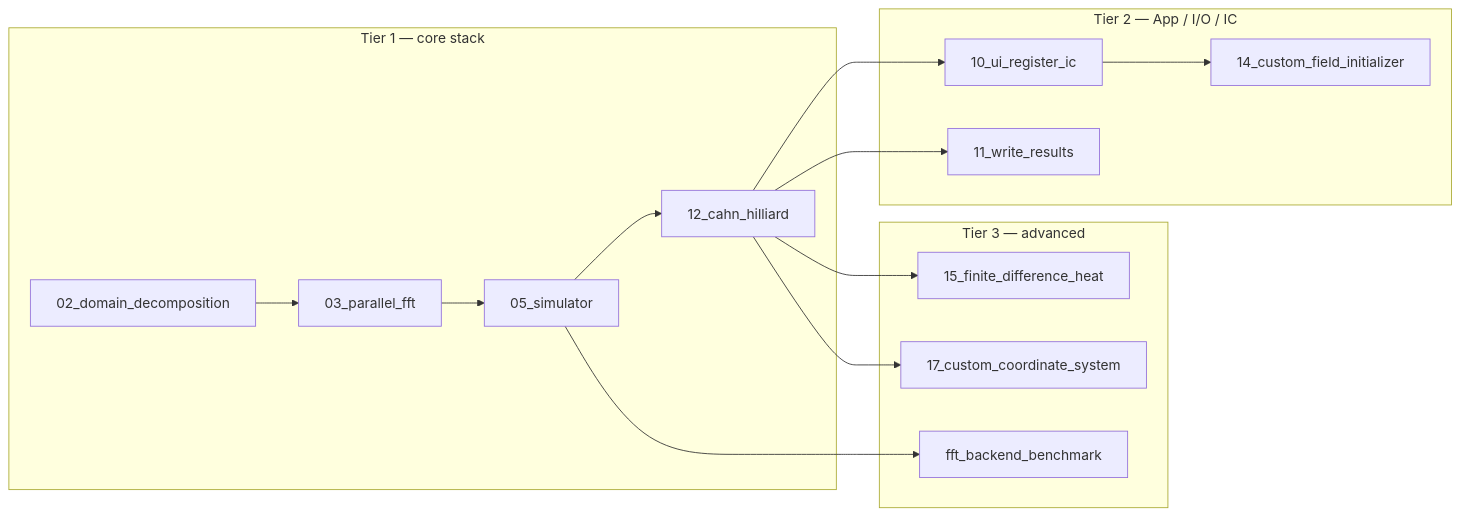
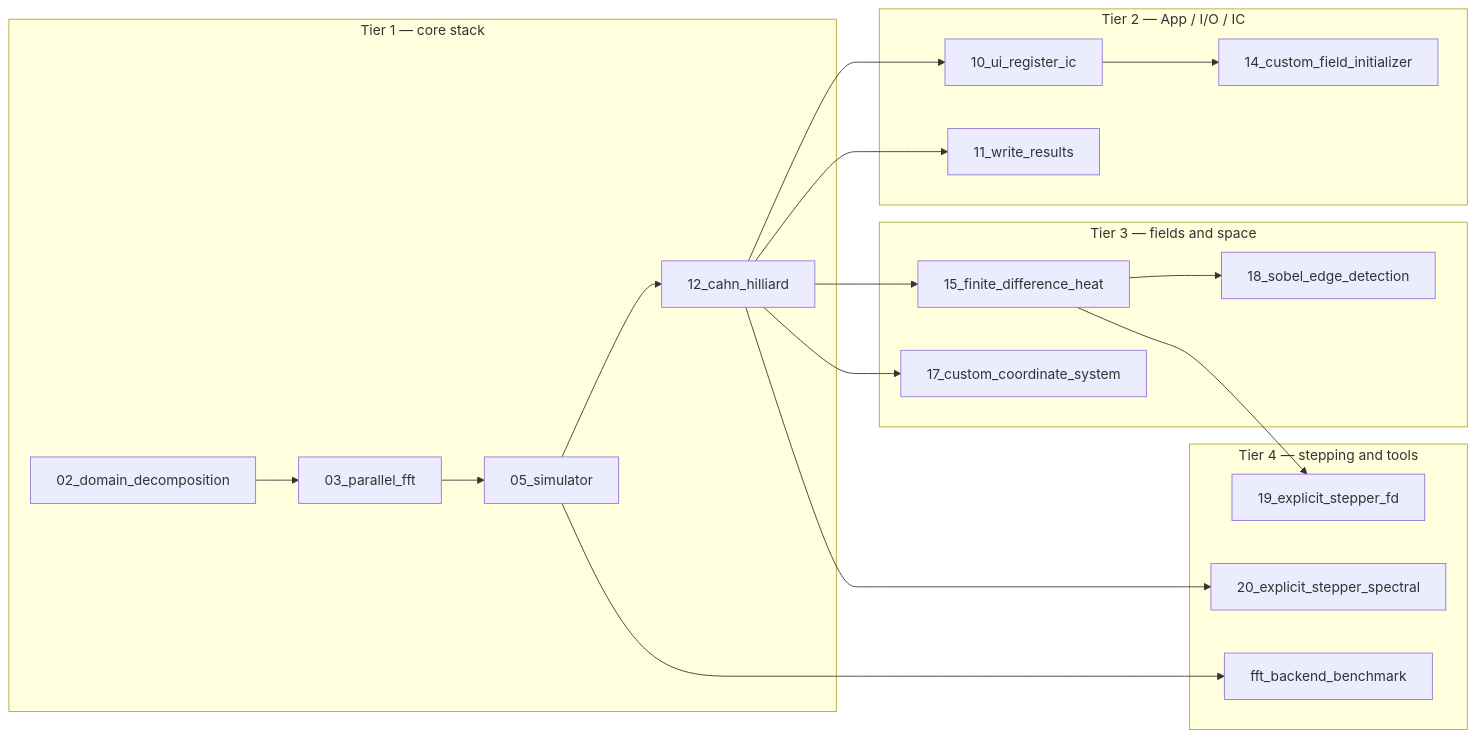
One commit to VTT-ProperTune/OpenPFC changed the diagram in docs/reference/examples_catalog.md. Above: the diagram before and after it, drawn with Mermaid. The commit also changed other lines of this file and 53 other files, not shown here.

````diff
--- a/docs/reference/examples_catalog.md
+++ b/docs/reference/examples_catalog.md
@@ -18,26 +18,33 @@
 ```mermaid
 flowchart LR
   subgraph t1 [Tier 1 — core stack]
     A[02_domain_decomposition]
     B[03_parallel_fft]
     C[05_simulator]
     D[12_cahn_hilliard]
   end
   subgraph t2 [Tier 2 — App / I/O / IC]
     E[10_ui_register_ic]
     F[11_write_results]
     G[14_custom_field_initializer]
   end
-  subgraph t3 [Tier 3 — advanced]
+  subgraph t3 [Tier 3 — fields and space]
     H[15_finite_difference_heat]
     I[17_custom_coordinate_system]
-    J[fft_backend_benchmark]
+    J[18_sobel_edge_detection]
+  end
+  subgraph t4 [Tier 4 — stepping and tools]
+    K[19_explicit_stepper_fd]
+    L[20_explicit_stepper_spectral]
+    M[fft_backend_benchmark]
   end
   A --> B --> C --> D
   D --> E
   D --> F
   E --> G
-  D --> H
+  D --> H --> J
   D --> I
-  C --> J
+  H --> K
+  D --> L
+  C --> M
 ```
````
